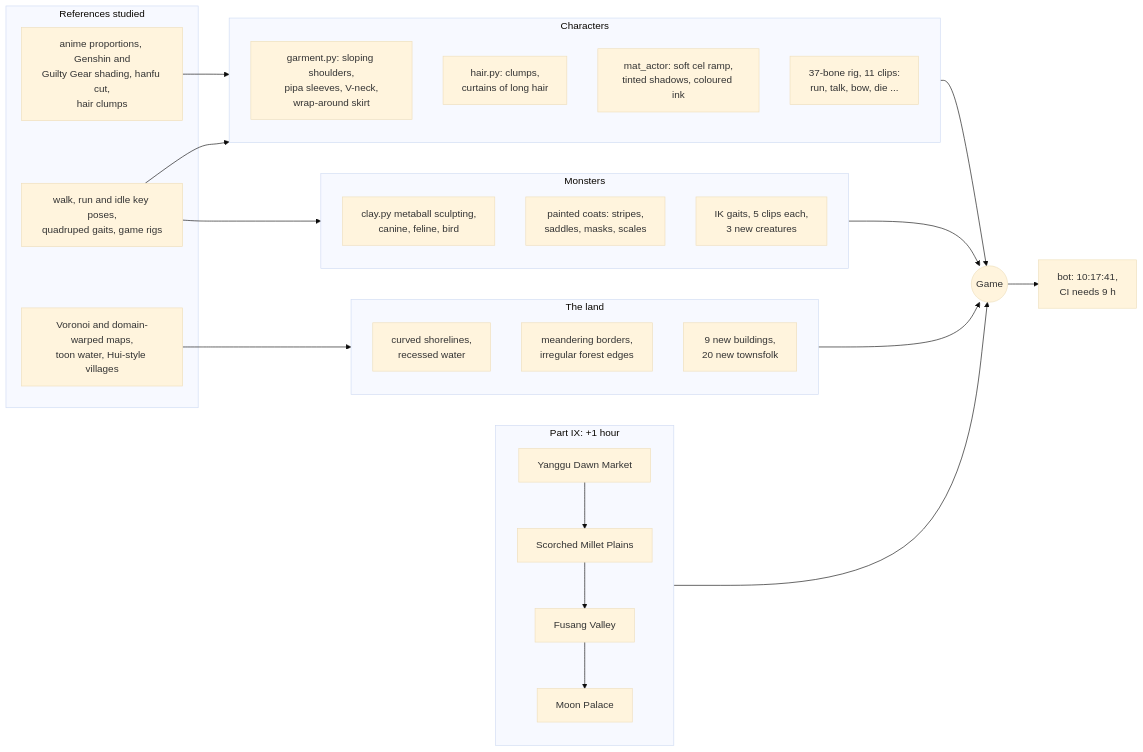
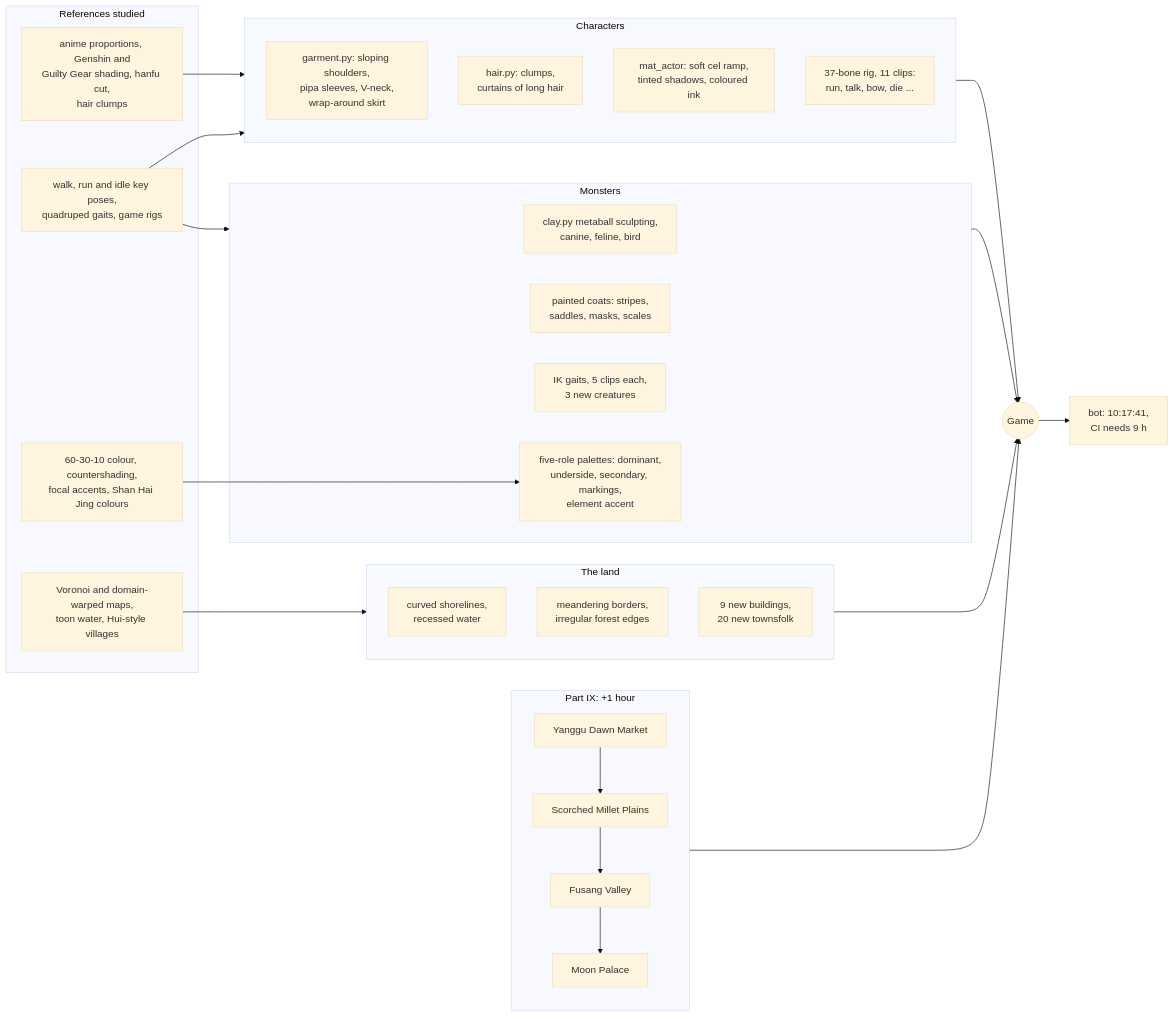
The first of 15 diagrams in README.md (jgyy/timegox), drawn with Mermaid (base theme) before and after one commit. The commit also changed other lines of this file and 66 other files, not shown here.

````diff
--- a/README.md
+++ b/README.md
@@ -22,36 +22,39 @@
 ```mermaid
 flowchart LR
     subgraph R[References studied]
     RC[anime proportions, Genshin and<br/>Guilty Gear shading, hanfu cut,<br/>hair clumps]
     RA[walk, run and idle key poses,<br/>quadruped gaits, game rigs]
     RW[Voronoi and domain-warped maps,<br/>toon water, Hui-style villages]
+    RP[60-30-10 colour, countershading,<br/>focal accents, Shan Hai Jing colours]
     end
     subgraph CH[Characters]
     GA[garment.py: sloping shoulders,<br/>pipa sleeves, V-neck,<br/>wrap-around skirt]
     HA[hair.py: clumps,<br/>curtains of long hair]
     SH[mat_actor: soft cel ramp,<br/>tinted shadows, coloured ink]
     RG[37-bone rig, 11 clips:<br/>run, talk, bow, die ...]
     end
     subgraph MO[Monsters]
     CL[clay.py metaball sculpting,<br/>canine, feline, bird]
     PT[painted coats: stripes,<br/>saddles, masks, scales]
     IK[IK gaits, 5 clips each,<br/>3 new creatures]
+    PA[five-role palettes: dominant,<br/>underside, secondary, markings,<br/>element accent]
     end
     subgraph WO[The land]
     SHO[curved shorelines,<br/>recessed water]
     BO[meandering borders,<br/>irregular forest edges]
     TO[9 new buildings,<br/>20 new townsfolk]
     end
     subgraph P[Part IX: +1 hour]
     YG[Yanggu Dawn Market] --> MF[Scorched Millet Plains] --> FS[Fusang Valley] --> GH[Moon Palace]
     end
     RC --> CH
     RA --> CH
     RA --> MO
+    RP --> PA
     RW --> WO
     CH --> G((Game))
     MO --> G
     WO --> G
     P --> G
     G --> BOT[bot: 10:17:41,<br/>CI needs 9 h]
 ```
````
